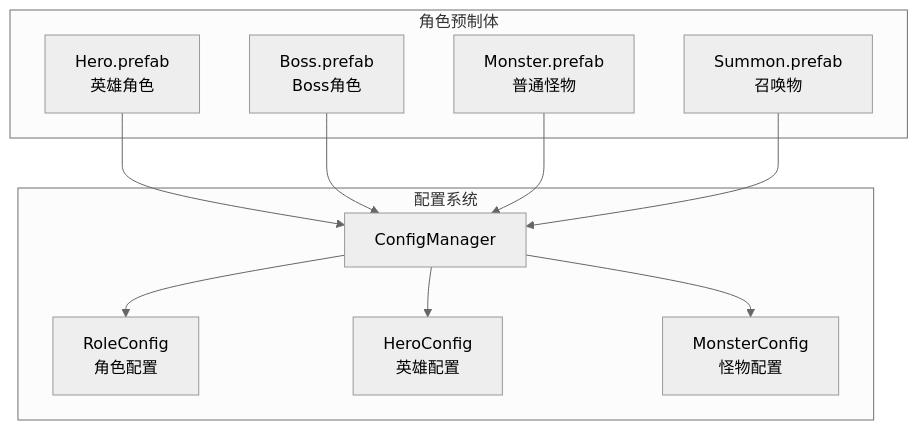
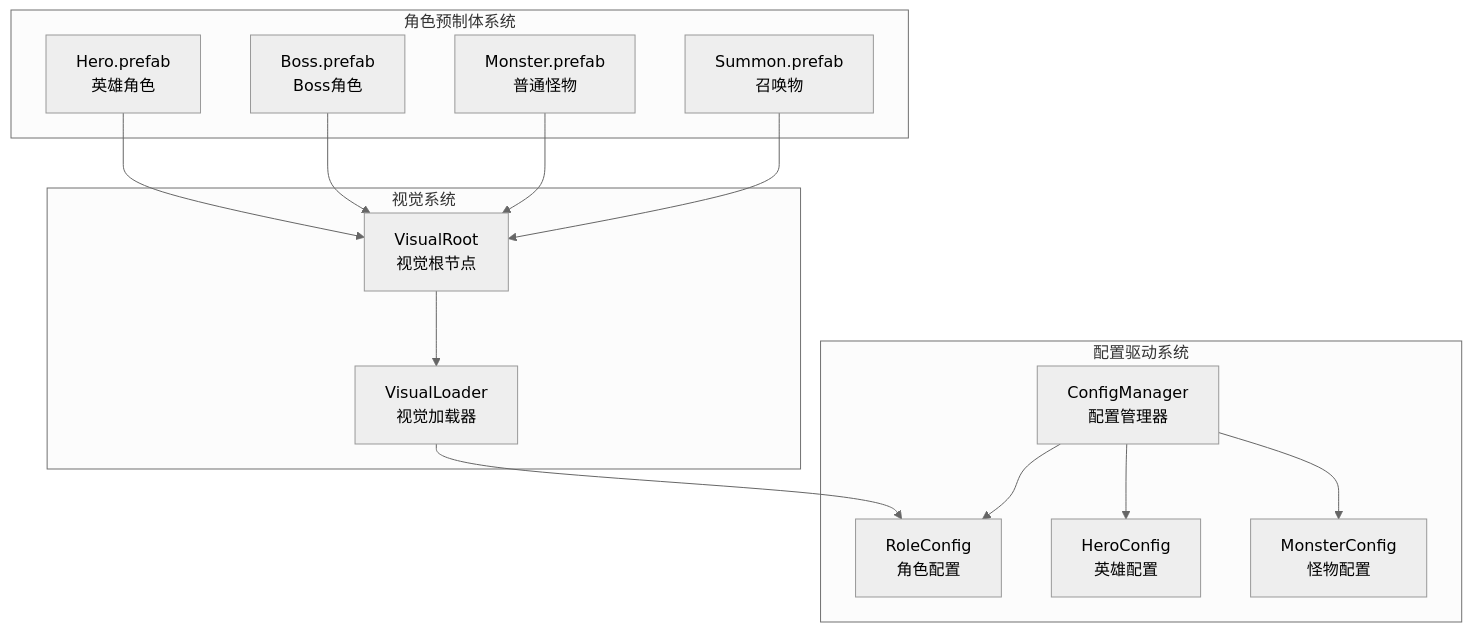
One commit to Tuusen/p1_client changed the fifth of 10 diagrams in .qoder/repowiki/zh/content/资源管理系统/场景资源配置.md. Above: the diagram before and after it, drawn with Mermaid (neutral theme). The commit also changed other lines of this file and 5 other files, not shown here.

````diff
--- a/.qoder/repowiki/zh/content/资源管理系统/场景资源配置.md
+++ b/.qoder/repowiki/zh/content/资源管理系统/场景资源配置.md
@@ -213,22 +352,28 @@
 ```mermaid
 graph TB
-subgraph "角色预制体"
+subgraph "角色预制体系统"
 HeroPrefab[Hero.prefab<br/>英雄角色]
 BossPrefab[Boss.prefab<br/>Boss角色]
 MonsterPrefab[Monster.prefab<br/>普通怪物]
 SummonPrefab[Summon.prefab<br/>召唤物]
 end
-subgraph "配置系统"
-ConfigManager[ConfigManager]
+subgraph "配置驱动系统"
+ConfigManager[ConfigManager<br/>配置管理器]
 RoleConfig[RoleConfig<br/>角色配置]
 HeroConfig[HeroConfig<br/>英雄配置]
 MonsterConfig[MonsterConfig<br/>怪物配置]
 end
-HeroPrefab --> ConfigManager
-BossPrefab --> ConfigManager
-MonsterPrefab --> ConfigManager
-SummonPrefab --> ConfigManager
+subgraph "视觉系统"
+VisualLoader[VisualLoader<br/>视觉加载器]
+VisualRoot[VisualRoot<br/>视觉根节点]
+end
+HeroPrefab --> VisualRoot
+BossPrefab --> VisualRoot
+MonsterPrefab --> VisualRoot
+SummonPrefab --> VisualRoot
+VisualRoot --> VisualLoader
+VisualLoader --> RoleConfig
 ConfigManager --> RoleConfig
 ConfigManager --> HeroConfig
 ConfigManager --> MonsterConfig
 ```
````
